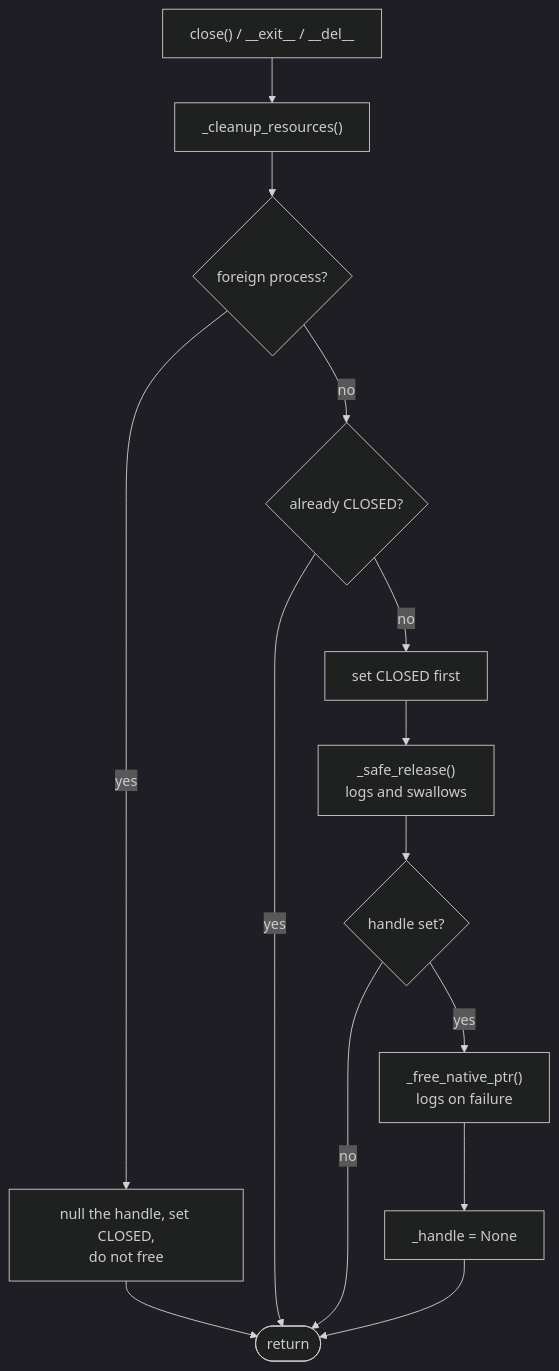
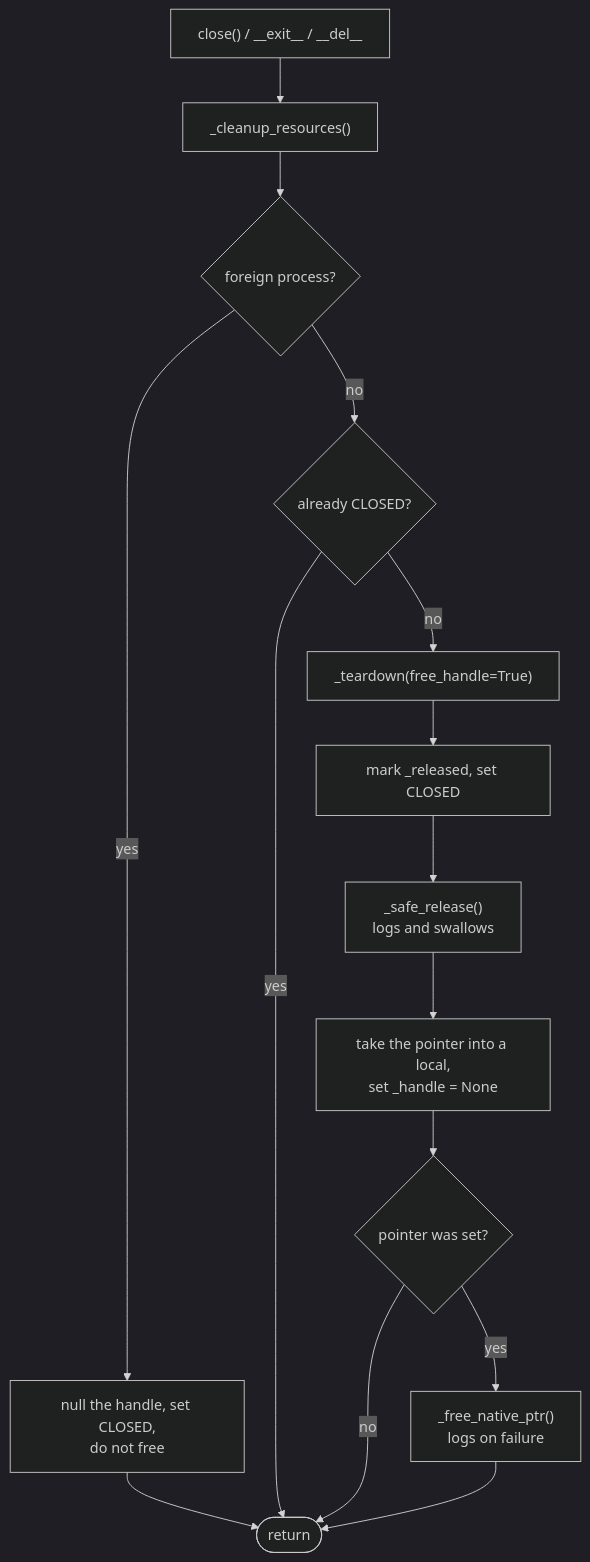
The fourth of 10 diagrams in docs/native-resources-management.md (contentauth/c2pa-python), drawn with Mermaid (dark theme) before and after one commit. The commit also changed other lines of this file, not shown here.

````diff
--- a/docs/native-resources-management.md
+++ b/docs/native-resources-management.md
@@ -414,13 +414,15 @@
 ```mermaid
 flowchart TD
     E["close() / __exit__ / __del__"] --> CR["_cleanup_resources()"]
     CR --> FP{"foreign process?"}
     FP -->|yes| N["null the handle, set CLOSED,<br/>do not free"] --> DONE([return])
     FP -->|no| ST{"already CLOSED?"}
     ST -->|yes| DONE
-    ST -->|no| SET["set CLOSED first"]
+    ST -->|no| TD["_teardown(free_handle=True)"]
+    TD --> SET["mark _released, set CLOSED"]
     SET --> REL["_safe_release()<br/>logs and swallows"]
-    REL --> H{"handle set?"}
+    REL --> NULL["take the pointer into a local,<br/>set _handle = None"]
+    NULL --> H{"pointer was set?"}
     H -->|no| DONE
-    H -->|yes| FREE["_free_native_ptr()<br/>logs on failure"] --> NULL["_handle = None"] --> DONE
+    H -->|yes| FREE["_free_native_ptr()<br/>logs on failure"] --> DONE
 ```
````
